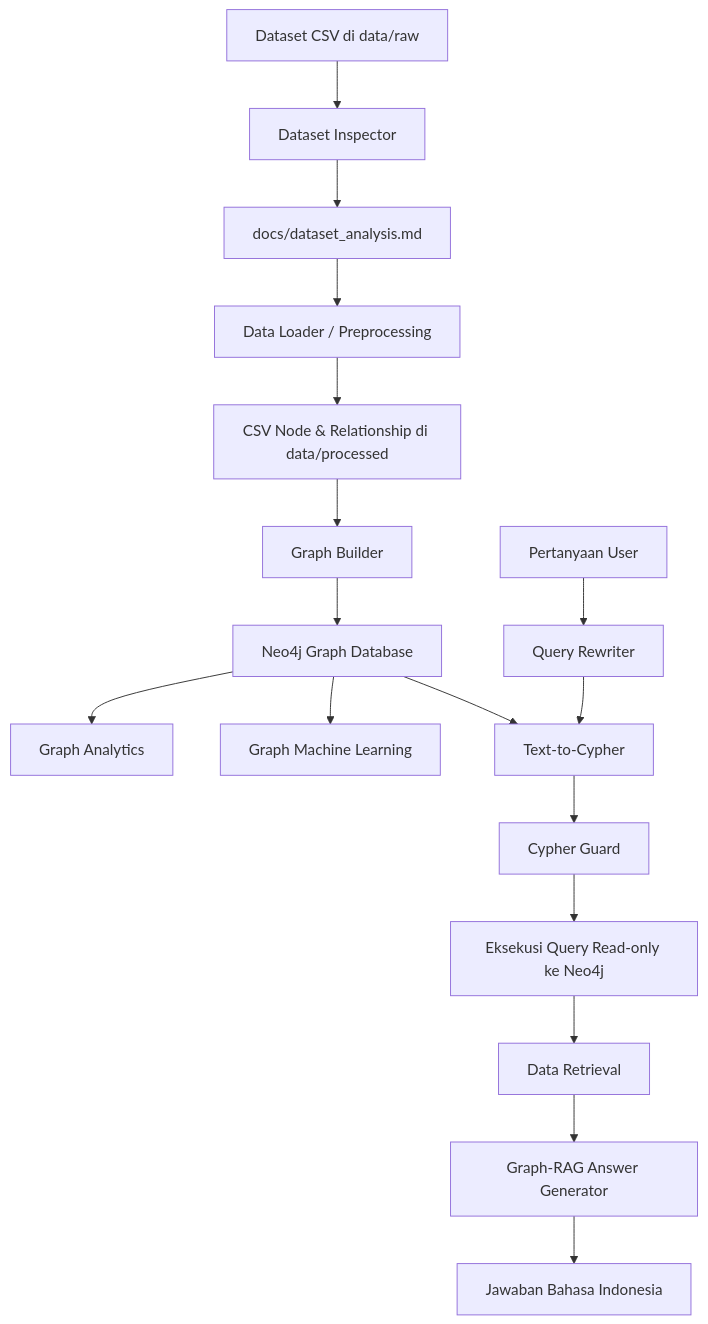
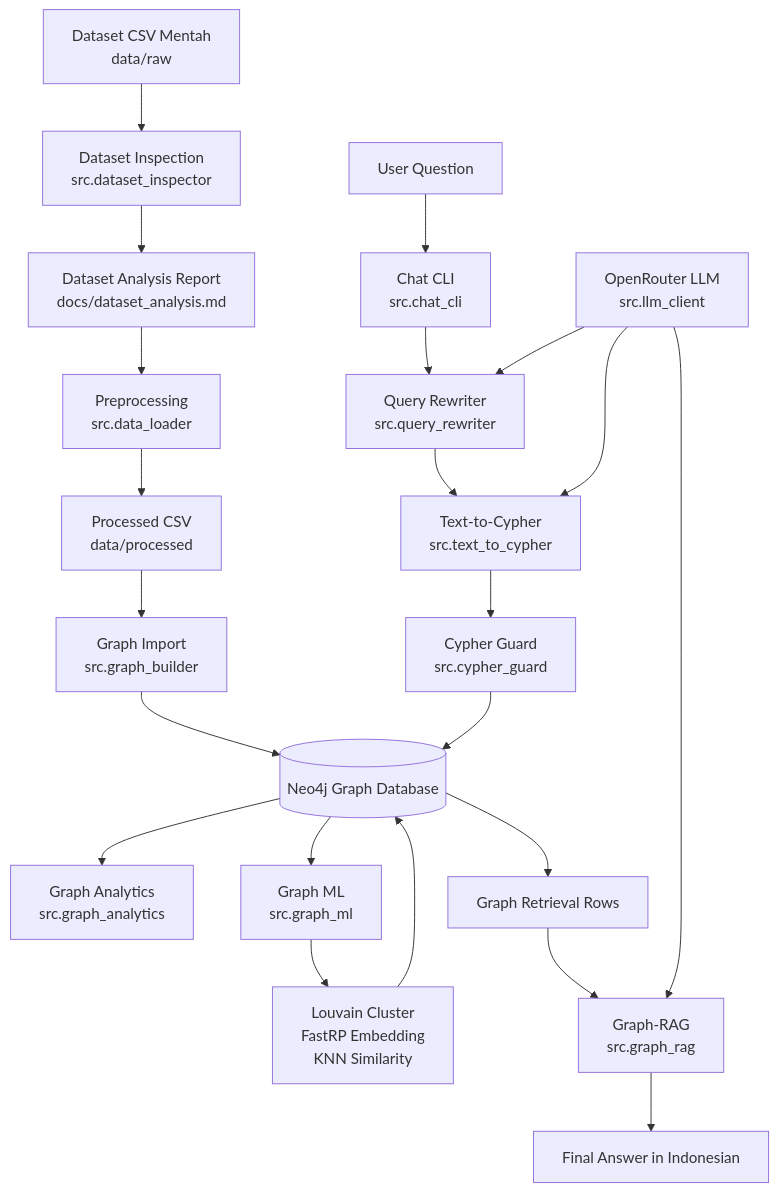
Before and after one commit to bimorajendraa/graph-llm: the diagram in README.md, drawn with Mermaid. The commit also changed other lines of this file, not shown here.

````diff
--- a/README.md
+++ b/README.md
@@ -70,21 +523,27 @@
 ```mermaid
 flowchart TD
-    A[Dataset CSV di data/raw] --> B[Dataset Inspector]
-    B --> C[docs/dataset_analysis.md]
-    C --> D[Data Loader / Preprocessing]
-    D --> E[CSV Node & Relationship di data/processed]
-    E --> F[Graph Builder]
-    F --> G[Neo4j Graph Database]
+    A[Dataset CSV Mentah<br/>data/raw] --> B[Dataset Inspection<br/>src.dataset_inspector]
+    B --> C[Dataset Analysis Report<br/>docs/dataset_analysis.md]
+    C --> D[Preprocessing<br/>src.data_loader]
+    D --> E[Processed CSV<br/>data/processed]
+    E --> F[Graph Import<br/>src.graph_builder]
+    F --> G[(Neo4j Graph Database)]
 
-    G --> H[Graph Analytics]
-    G --> I[Graph Machine Learning]
-    G --> J[Text-to-Cypher]
+    G --> H[Graph Analytics<br/>src.graph_analytics]
+    G --> I[Graph ML<br/>src.graph_ml]
+    I --> J[Louvain Cluster<br/>FastRP Embedding<br/>KNN Similarity]
+    J --> G
 
-    K[Pertanyaan User] --> L[Query Rewriter]
-    L --> J
-    J --> M[Cypher Guard]
-    M --> N[Eksekusi Query Read-only ke Neo4j]
-    N --> O[Data Retrieval]
-    O --> P[Graph-RAG Answer Generator]
-    P --> Q[Jawaban Bahasa Indonesia]
+    K[User Question] --> L[Chat CLI<br/>src.chat_cli]
+    L --> M[Query Rewriter<br/>src.query_rewriter]
+    M --> N[Text-to-Cypher<br/>src.text_to_cypher]
+    N --> O[Cypher Guard<br/>src.cypher_guard]
+    O --> G
+    G --> P[Graph Retrieval Rows]
+    P --> Q[Graph-RAG<br/>src.graph_rag]
+    Q --> R[Final Answer in Indonesian]
+
+    S[OpenRouter LLM<br/>src.llm_client] --> M
+    S --> N
+    S --> Q
 ```
````
